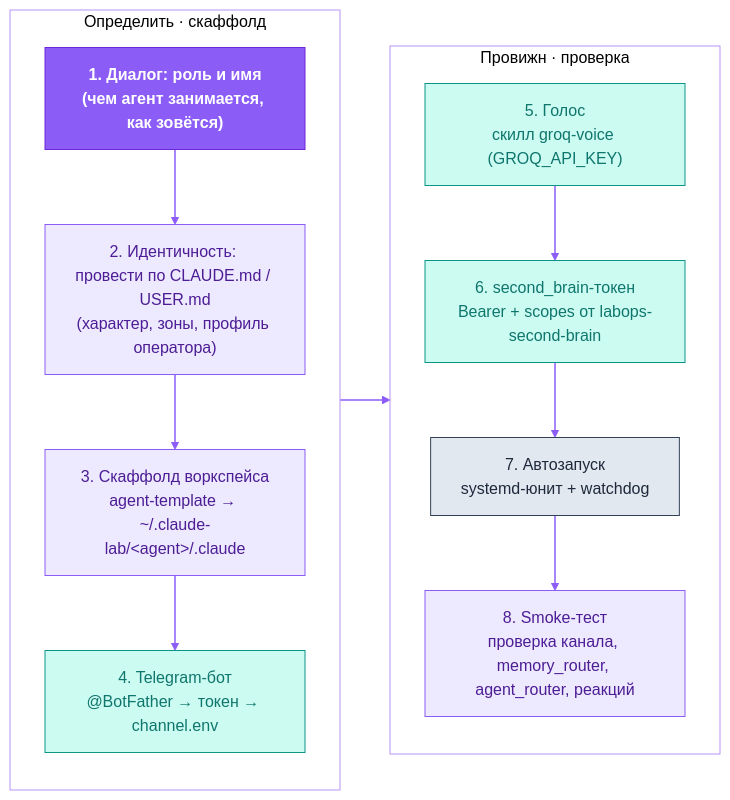
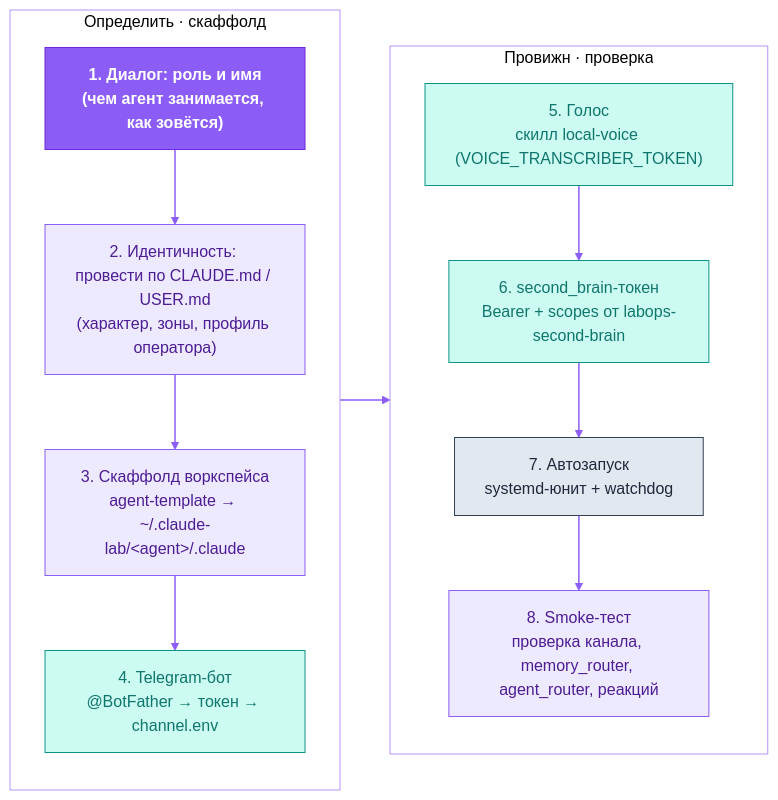
Before and after one commit to dediukhinpa/labops-ai-assistant: the fourth of 4 diagrams in agent-architecture/README.ru.md, drawn with Mermaid. The commit also changed other lines of this file and 14 other files, not shown here.

Commit message:
Document the local voice service and drop Groq from env, templates and READMEs

````diff
--- a/agent-architecture/README.ru.md
+++ b/agent-architecture/README.ru.md
@@ -313,29 +313,29 @@
 ```mermaid
 %%{init: {'theme':'base','themeVariables':{'primaryColor':'#EDE9FE','primaryTextColor':'#4C1D95','primaryBorderColor':'#8B5CF6','lineColor':'#8B5CF6','secondaryColor':'#F1F5F9','tertiaryColor':'#ffffff','clusterBkg':'transparent','clusterBorder':'#B794F4','fontFamily':'Helvetica,Arial,sans-serif'}}}%%
 flowchart LR
   subgraph c1["Определить · скаффолд"]
     direction TB
     S1["1. Диалог: роль и имя<br/>(чем агент занимается, как зовётся)"]
     S2["2. Идентичность: провести по CLAUDE.md / USER.md<br/>(характер, зоны, профиль оператора)"]
     S3["3. Скаффолд воркспейса<br/>agent-template → ~/.claude-lab/&lt;agent&gt;/.claude"]
     S4["4. Telegram-бот<br/>@BotFather → токен → channel.env"]
     S1 --> S2 --> S3 --> S4
   end
   subgraph c2["Провижн · проверка"]
     direction TB
-    S5["5. Голос<br/>скилл groq-voice (GROQ_API_KEY)"]
+    S5["5. Голос<br/>скилл local-voice (VOICE_TRANSCRIBER_TOKEN)"]
     S6["6. second_brain-токен<br/>Bearer + scopes от labops-second-brain"]
     S7["7. Автозапуск<br/>systemd-юнит + watchdog"]
     S8["8. Smoke-тест<br/>проверка канала, memory_router, agent_router, реакций"]
     S5 --> S6 --> S7 --> S8
   end
   S4 --> S5
   classDef brand fill:#8B5CF6,stroke:#6D28D9,color:#ffffff,font-weight:bold
   classDef ext fill:#CCFBF1,stroke:#0D9488,color:#0F766E
   classDef store fill:#FEF3C7,stroke:#D97706,color:#92400E
   classDef sys fill:#E2E8F0,stroke:#334155,color:#1E293B
   linkStyle default stroke:#8B5CF6,stroke-width:1.5px
   class S1 brand
   class S4,S5,S6 ext
   class S7 sys
 ```
````
